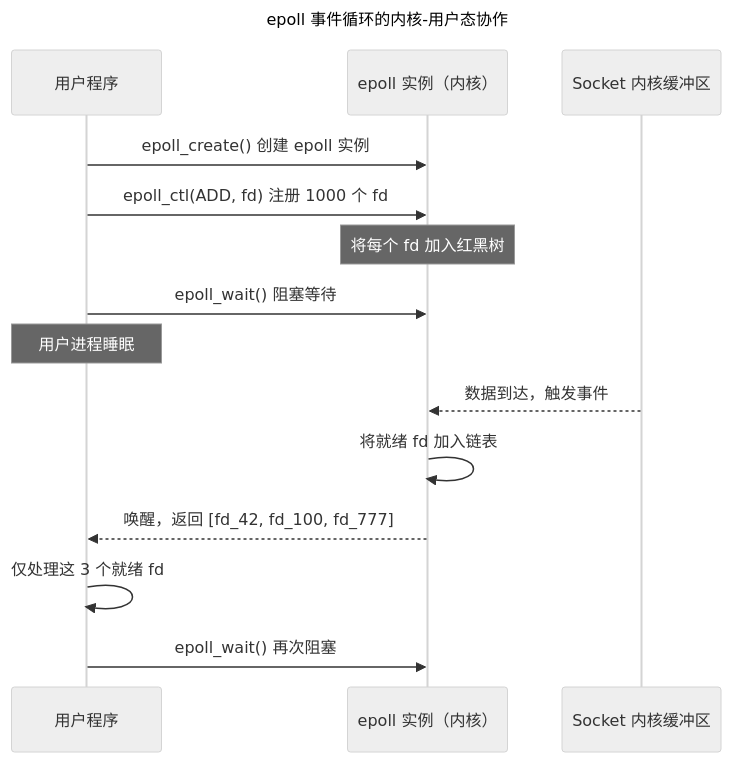
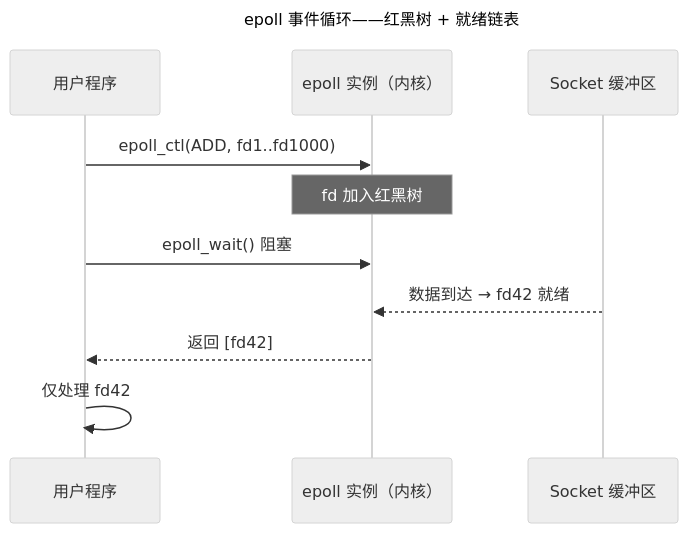
One commit to yadayanxue/silicon-strides changed the diagram in src/content/docs/03-qiankun/08-network-programming.md. Above: the diagram before and after it, drawn with Mermaid (neutral theme). The commit also changed other lines of this file and 7 other files, not shown here.

Commit message:
docs: 卷三内容深度补充——8章各加Mermaid图与深层论证

````diff
--- a/src/content/docs/03-qiankun/08-network-programming.md
+++ b/src/content/docs/03-qiankun/08-network-programming.md
@@ -47,21 +28,16 @@
 ```mermaid
 ---
-title: epoll 事件循环的内核-用户态协作
+title: epoll 事件循环——红黑树 + 就绪链表
 ---
 sequenceDiagram
     participant APP as 用户程序
     participant EPOLL as epoll 实例（内核）
-    participant SOCKET as Socket 内核缓冲区
+    participant SOCK as Socket 缓冲区
 
-    APP->>EPOLL: epoll_create() 创建 epoll 实例
-    APP->>EPOLL: epoll_ctl(ADD, fd) 注册 1000 个 fd
-    Note over EPOLL: 将每个 fd 加入红黑树
-    APP->>EPOLL: epoll_wait() 阻塞等待
-    Note over APP: 用户进程睡眠
-
-    SOCKET-->>EPOLL: 数据到达，触发事件
-    EPOLL->>EPOLL: 将就绪 fd 加入链表
-    EPOLL-->>APP: 唤醒，返回 [fd_42, fd_100, fd_777]
-    APP->>APP: 仅处理这 3 个就绪 fd
-    APP->>EPOLL: epoll_wait() 再次阻塞
+    APP->>EPOLL: epoll_ctl(ADD, fd1..fd1000)
+    Note over EPOLL: fd 加入红黑树
+    APP->>EPOLL: epoll_wait() 阻塞
+    SOCK-->>EPOLL: 数据到达 → fd42 就绪
+    EPOLL-->>APP: 返回 [fd42]
+    APP->>APP: 仅处理 fd42
 ```
````
